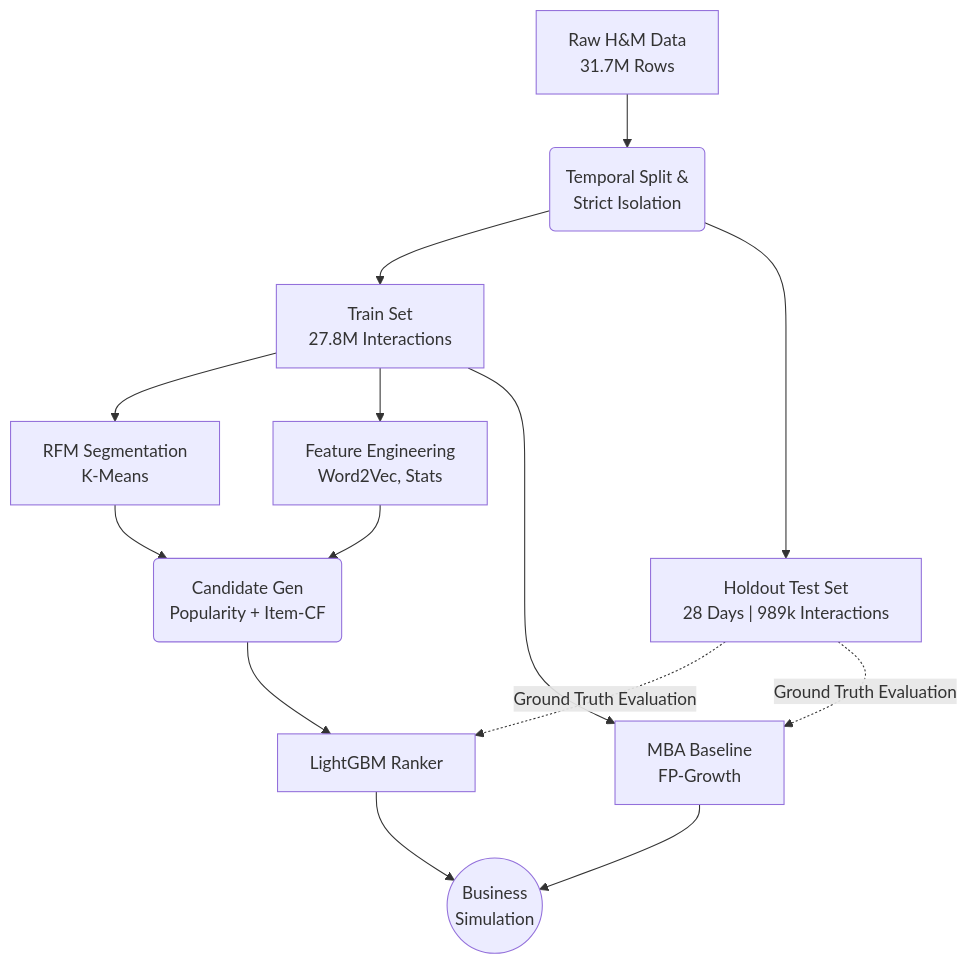
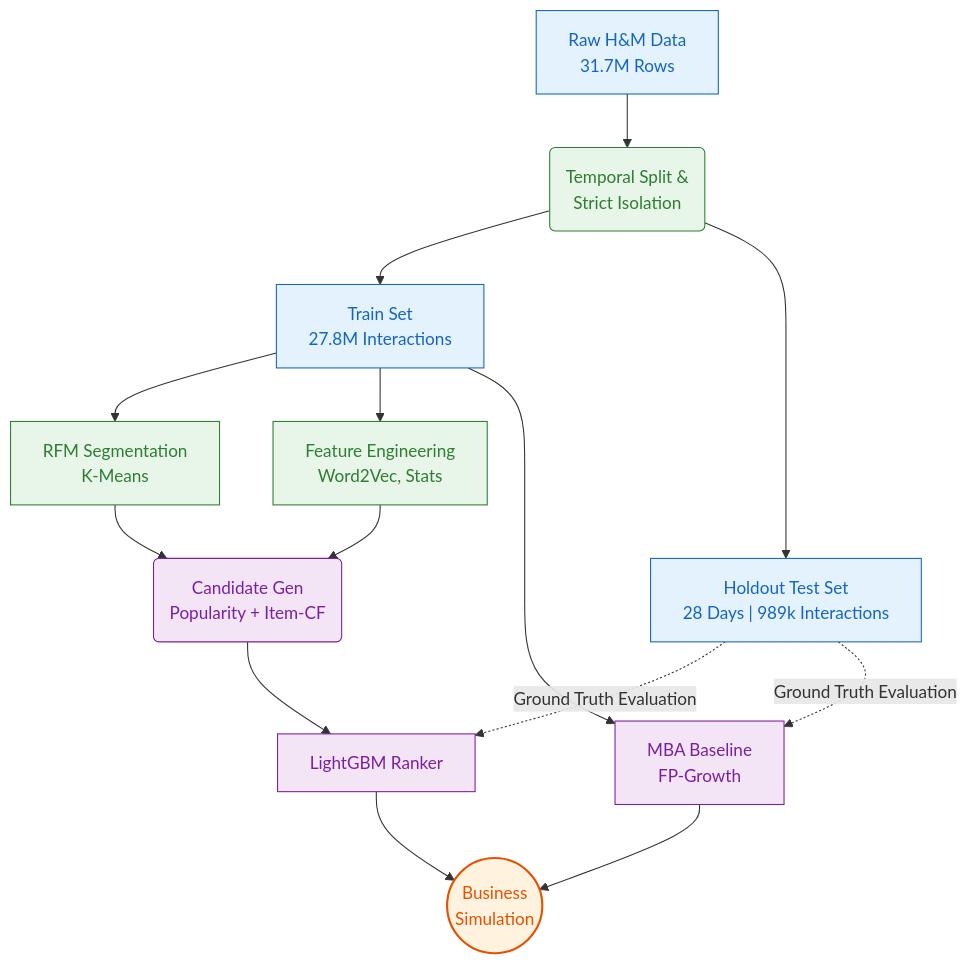
Before and after one commit to miles2542/hm-recommendation-system: the first of 2 diagrams in README.md, drawn with Mermaid. The commit also changed other lines of this file and 15 other files, not shown here.

````diff
--- a/README.md
+++ b/README.md
@@ -24,21 +24,38 @@
 ```mermaid
 graph TD
-    A[Raw H&M Data<br/>31.7M Rows] --> B(Temporal Split &<br/>Strict Isolation)
-    B --> C[Train Set<br/>27.8M Interactions]
-    B --> D["Holdout Test Set<br/>28 Days | 989k Interactions"]
+    %% Pastel Color Palette Definitions
+    classDef data fill:#E3F2FD,stroke:#1565C0,stroke-width:1px,color:#1565C0;
+    classDef proc fill:#E8F5E9,stroke:#2E7D32,stroke-width:1px,color:#2E7D32;
+    classDef model fill:#F3E5F5,stroke:#7B1FA2,stroke-width:1px,color:#7B1FA2;
+    classDef biz fill:#FFF3E0,stroke:#E65100,stroke-width:2px,color:#E65100;
+
+    A[Raw H&M Data<br/>31.7M Rows]
+    B(Temporal Split &<br/>Strict Isolation)
+    C[Train Set<br/>27.8M Interactions]
+    D["Holdout Test Set<br/>28 Days | 989k Interactions"]
     
     C --> E[RFM Segmentation<br/>K-Means]
     C --> F[Feature Engineering<br/>Word2Vec, Stats]
     C --> G[MBA Baseline<br/>FP-Growth]
     
     E --> H(Candidate Gen<br/>Popularity + Item-CF)
     F --> H
     
     H --> I[LightGBM Ranker]
     
     D -.->|Ground Truth Evaluation| I
     D -.->|Ground Truth Evaluation| G
     
     I --> J((Business<br/>Simulation))
     G --> J
+
+    A --> B
+    B --> C
+    B --> D
+
+    %% Categorize Nodes
+    class A,C,D data;
+    class B,E,F proc;
+    class G,H,I model;
+    class J biz;
 ```
````
